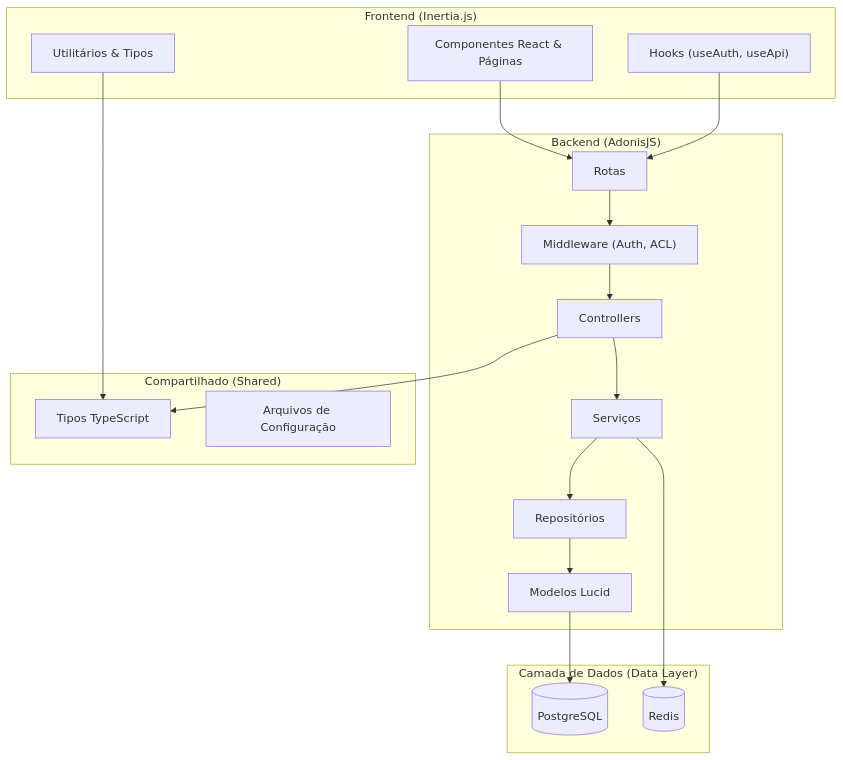
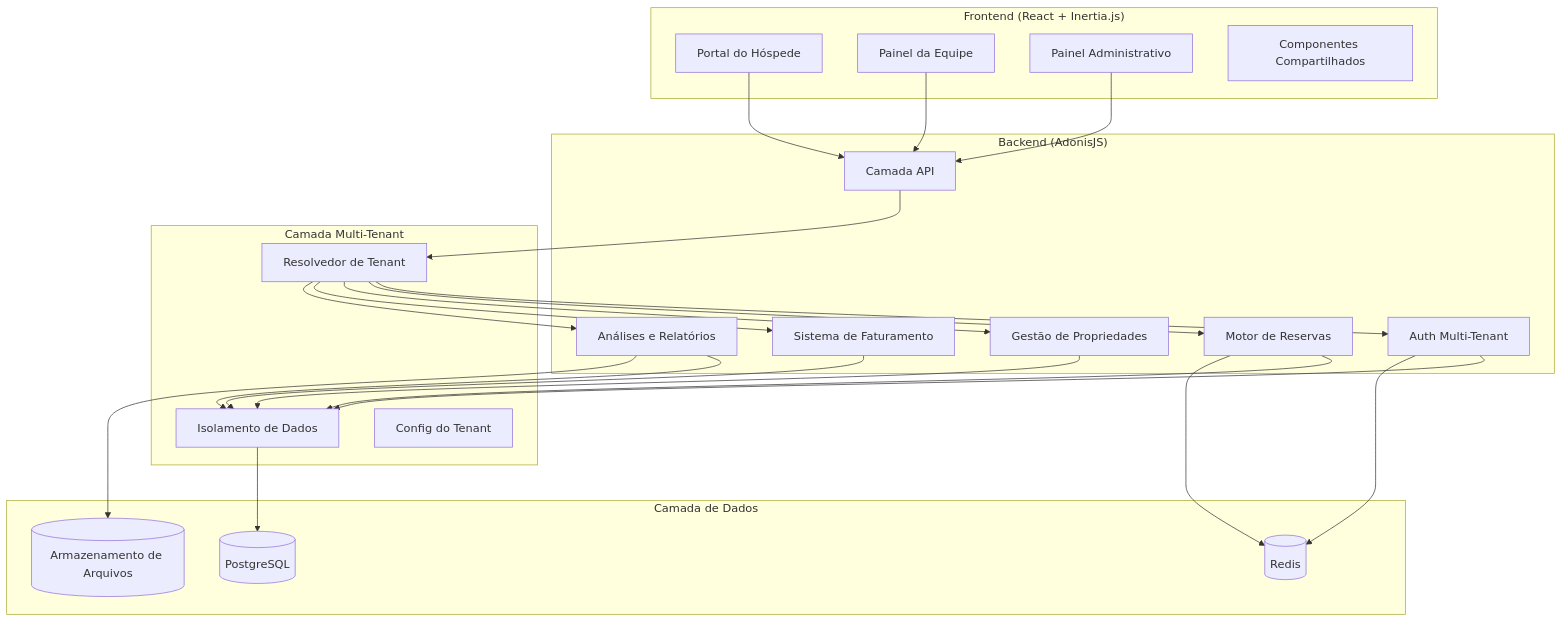
Before and after one commit to gabrielmaialva33/innkeeper: the diagram in README-pt.md, drawn with Mermaid. The commit also changed other lines of this file and 1 other file, not shown here.

````diff
--- a/README-pt.md
+++ b/README-pt.md
@@ -42,41 +40,52 @@
 ```mermaid
 graph TD
-    subgraph "Frontend (Inertia.js)"
-        FE_UI[Componentes React & Páginas]
-        FE_HOOKS["Hooks (useAuth, useApi)"]
-        FE_UTILS[Utilitários & Tipos]
+    subgraph "Frontend (React + Inertia.js)"
+        FE_GUEST[Portal do Hóspede]
+        FE_STAFF[Painel da Equipe]
+        FE_ADMIN[Painel Administrativo]
+        FE_SHARED[Componentes Compartilhados]
     end
 
     subgraph "Backend (AdonisJS)"
-        BE_ROUTES[Rotas]
-        BE_MW["Middleware (Auth, ACL)"]
-        BE_CTRL[Controllers]
-        BE_SERVICES[Serviços]
-        BE_REPOS[Repositórios]
-        BE_MODELS[Modelos Lucid]
+        BE_API[Camada API]
+        BE_AUTH[Auth Multi-Tenant]
+        BE_BOOKING[Motor de Reservas]
+        BE_PMS[Gestão de Propriedades]
+        BE_BILLING[Sistema de Faturamento]
+        BE_REPORTS[Análises e Relatórios]
     end
 
-    subgraph "Compartilhado (Shared)"
-        SHARED_TYPES[Tipos TypeScript]
-        SHARED_CONFIG[Arquivos de Configuração]
+    subgraph "Camada Multi-Tenant"
+        MT_RESOLVER[Resolvedor de Tenant]
+        MT_ISOLATION[Isolamento de Dados]
+        MT_CONFIG[Config do Tenant]
     end
 
-    subgraph "Camada de Dados (Data Layer)"
+    subgraph "Camada de Dados"
         DB[(PostgreSQL)]
         CACHE[(Redis)]
+        STORAGE[(Armazenamento de Arquivos)]
     end
 
-    FE_UI --> BE_ROUTES
-    BE_ROUTES --> BE_MW
-    BE_MW --> BE_CTRL
-    BE_CTRL --> BE_SERVICES
-    BE_SERVICES --> BE_REPOS
-    BE_REPOS --> BE_MODELS
-    BE_MODELS --> DB
-
-    BE_SERVICES --> CACHE
-    FE_HOOKS --> BE_ROUTES
-
-    FE_UTILS --> SHARED_TYPES
-    BE_CTRL --> SHARED_TYPES
+    FE_GUEST --> BE_API
+    FE_STAFF --> BE_API
+    FE_ADMIN --> BE_API
+    
+    BE_API --> MT_RESOLVER
+    MT_RESOLVER --> BE_AUTH
+    MT_RESOLVER --> BE_BOOKING
+    MT_RESOLVER --> BE_PMS
+    MT_RESOLVER --> BE_BILLING
+    MT_RESOLVER --> BE_REPORTS
+    
+    BE_AUTH --> MT_ISOLATION
+    BE_BOOKING --> MT_ISOLATION
+    BE_PMS --> MT_ISOLATION
+    BE_BILLING --> MT_ISOLATION
+    BE_REPORTS --> MT_ISOLATION
+    
+    MT_ISOLATION --> DB
+    BE_BOOKING --> CACHE
+    BE_AUTH --> CACHE
+    BE_REPORTS --> STORAGE
 ```
````
